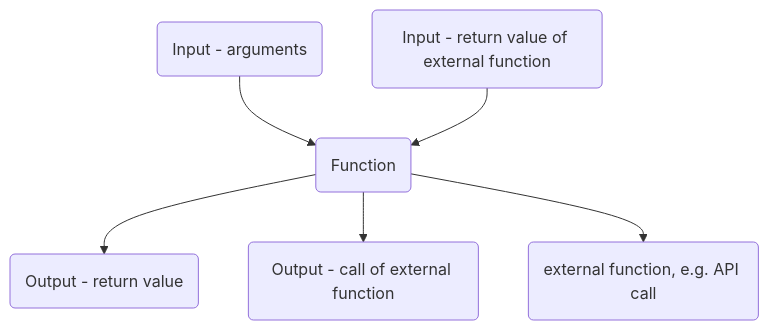
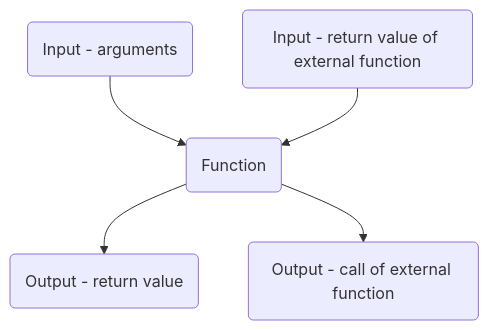
The third of 3 diagrams in README.md (berichte/ReactNativeTesting), drawn with Mermaid before and after one commit.

Commit message:
commented out part to fix issue

````diff
--- a/README.md
+++ b/README.md
@@ -25,9 +25,10 @@
 ```mermaid
 graph TD
 %% Mocking side effects
 A(Input - arguments) --> B(Function)
 B --> C(Output - return value)
 B --> E(Output - call of external function)
 F(Input - return value of external function) --> B
-B --> D(external function, e.g. API call)
+%% B --> D(external function, e.g. API call)
+%% D --> B
 ```
````
